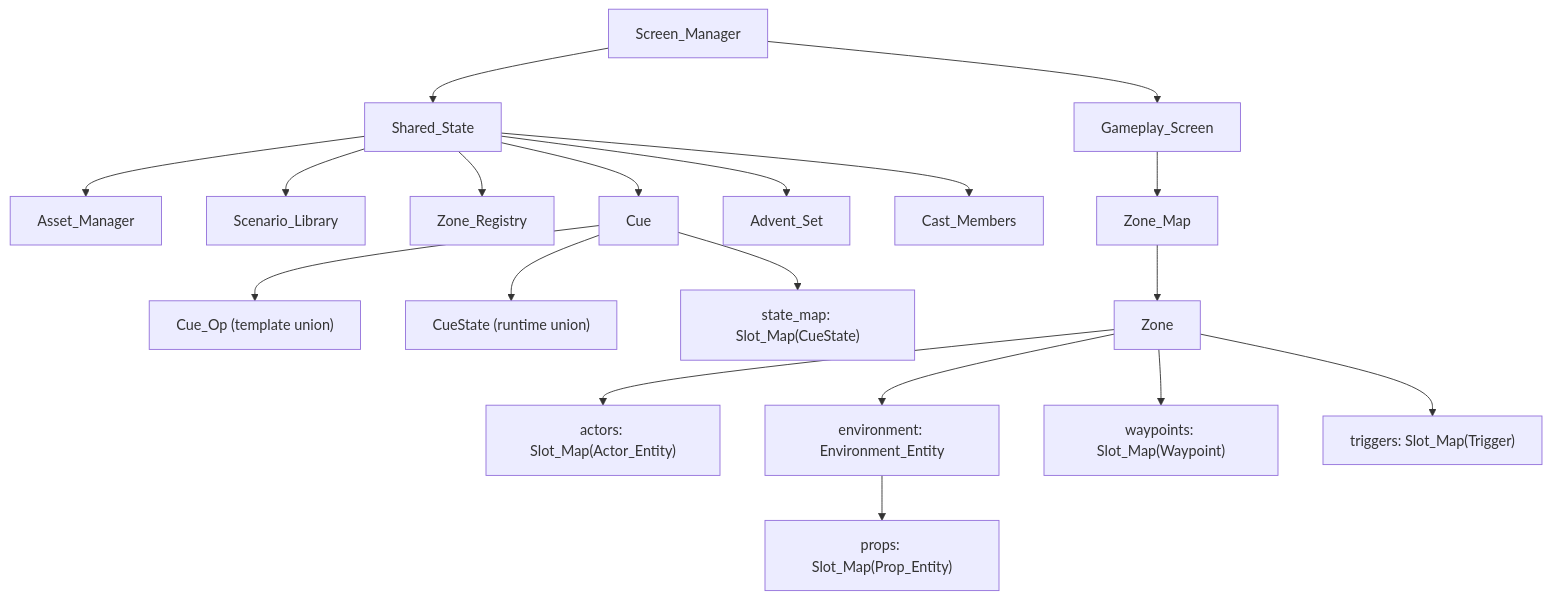
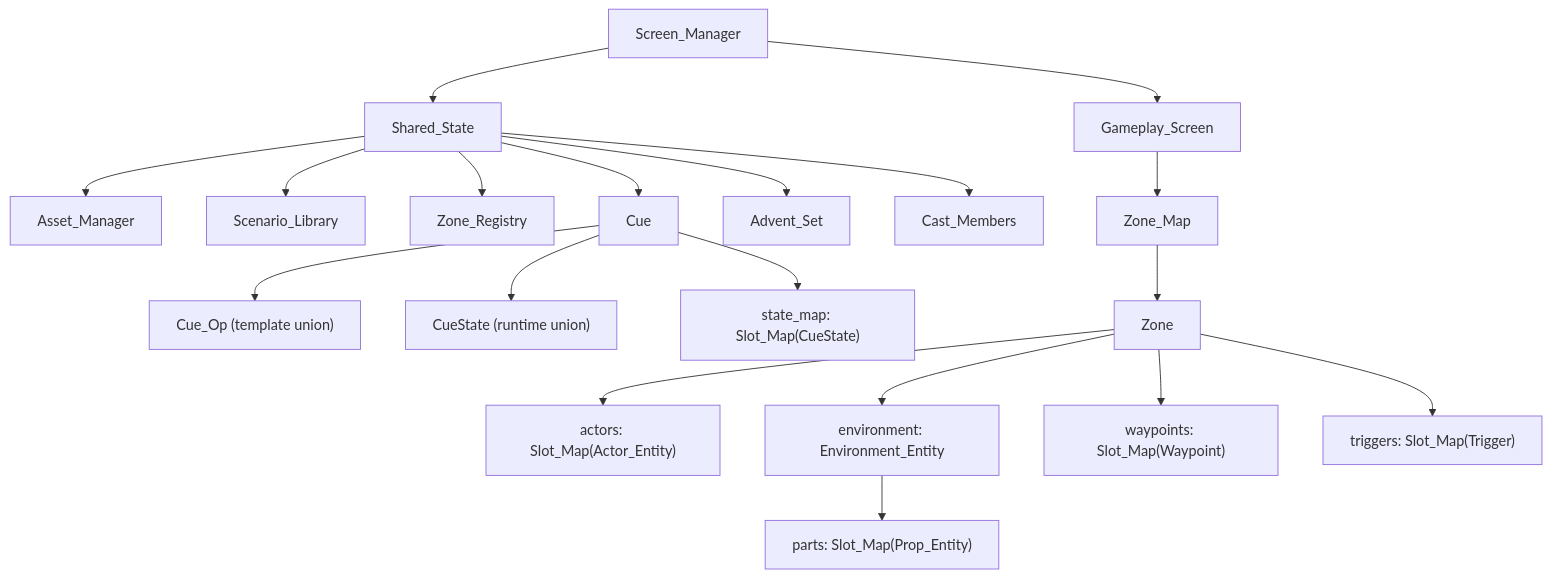
Before and after one commit to fswadling/Sugoi: the diagram in docs/ARCHITECTURE.md, drawn with Mermaid. The commit also changed other lines of this file and 31 other files, not shown here.

First line of the commit message:
Implement 015 entity ref integrity: generation/epoch refs, environment-scoped parts, undo-paired spawning

````diff
--- a/docs/ARCHITECTURE.md
+++ b/docs/ARCHITECTURE.md
@@ -114,25 +127,25 @@
 ```mermaid
 graph TD
     SM[Screen_Manager] --> SS[Shared_State]
     SM --> GS[Gameplay_Screen]
     SS --> AM[Asset_Manager]
     SS --> SL[Scenario_Library]
     SS --> ZR[Zone_Registry]
     SS --> C[Cue]
     SS --> ADV[Advent_Set]
     SS --> CAST[Cast_Members]
 
     GS --> ZM[Zone_Map]
     ZM --> Z[Zone]
 
     Z --> SA["actors: Slot_Map(Actor_Entity)"]
     Z --> ENV["environment: Environment_Entity"]
     Z --> SW["waypoints: Slot_Map(Waypoint)"]
     Z --> ST["triggers: Slot_Map(Trigger)"]
 
-    ENV --> SP["props: Slot_Map(Prop_Entity)"]
+    ENV --> SP["parts: Slot_Map(Prop_Entity)"]
 
     C --> COP["Cue_Op (template union)"]
     C --> CST["CueState (runtime union)"]
     C --> CSM["state_map: Slot_Map(CueState)"]
 ```
````
